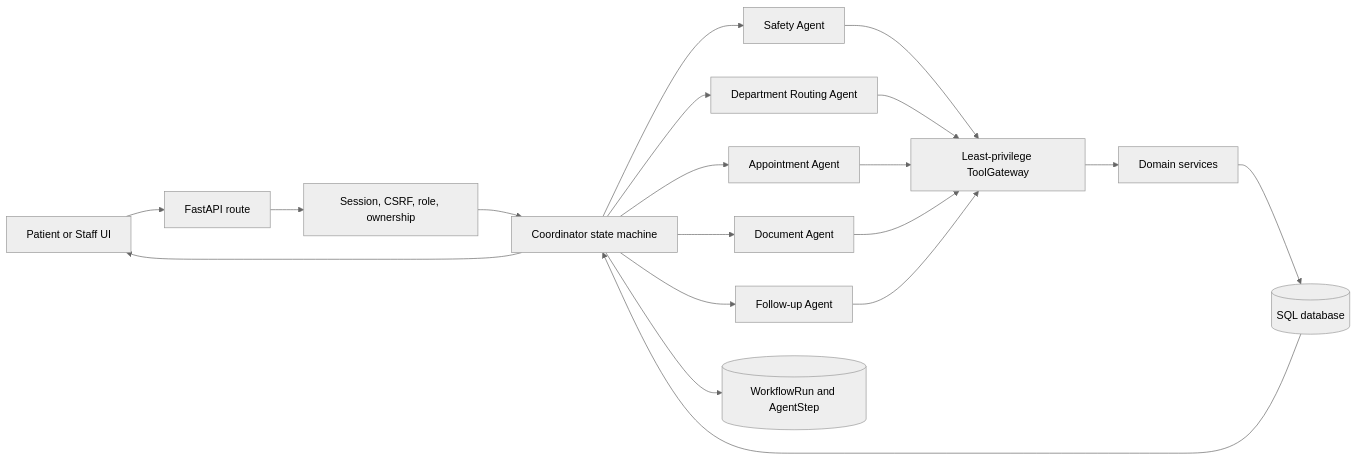
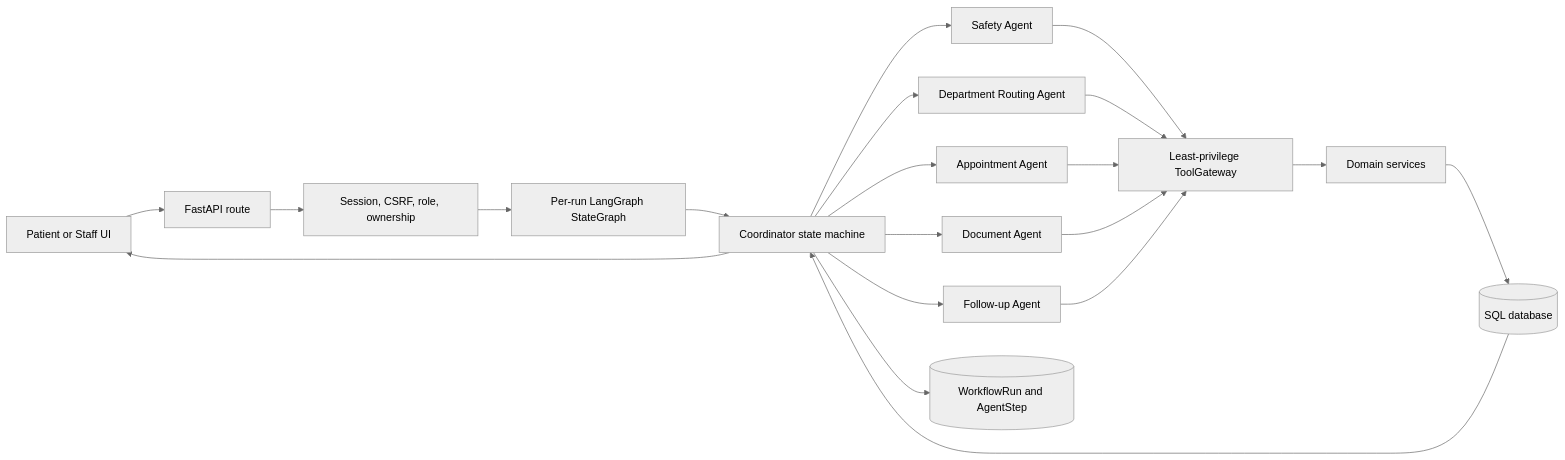
Before and after one commit to PurnaK123/agentcare: the diagram in docs/architecture.md, drawn with Mermaid (neutral theme). The commit also changed other lines of this file and 7 other files, not shown here.

````diff
--- a/docs/architecture.md
+++ b/docs/architecture.md
@@ -5,17 +5,18 @@
 ```mermaid
 flowchart LR
     UI[Patient or Staff UI] --> R[FastAPI route]
     R --> A[Session, CSRF, role, ownership]
-    A --> C[Coordinator state machine]
+    A --> LG[Per-run LangGraph StateGraph]
+    LG --> C[Coordinator state machine]
     C --> S[Safety Agent]
     C --> D[Department Routing Agent]
     C --> P[Appointment Agent]
     C --> O[Document Agent]
     C --> F[Follow-up Agent]
     S & D & P & O & F --> G[Least-privilege ToolGateway]
     G --> SV[Domain services]
     SV --> DB[(SQL database)]
     C --> WR[(WorkflowRun and AgentStep)]
     DB --> C
     C --> UI
 ```
````
